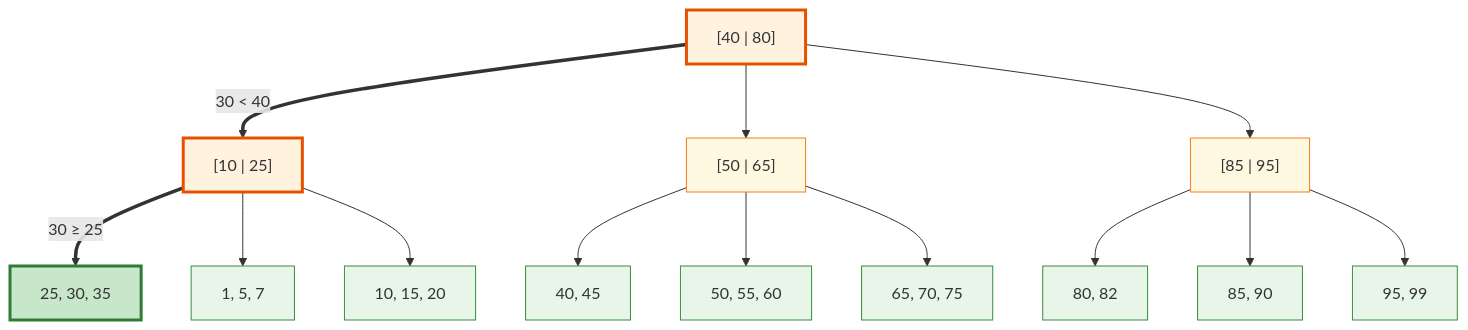
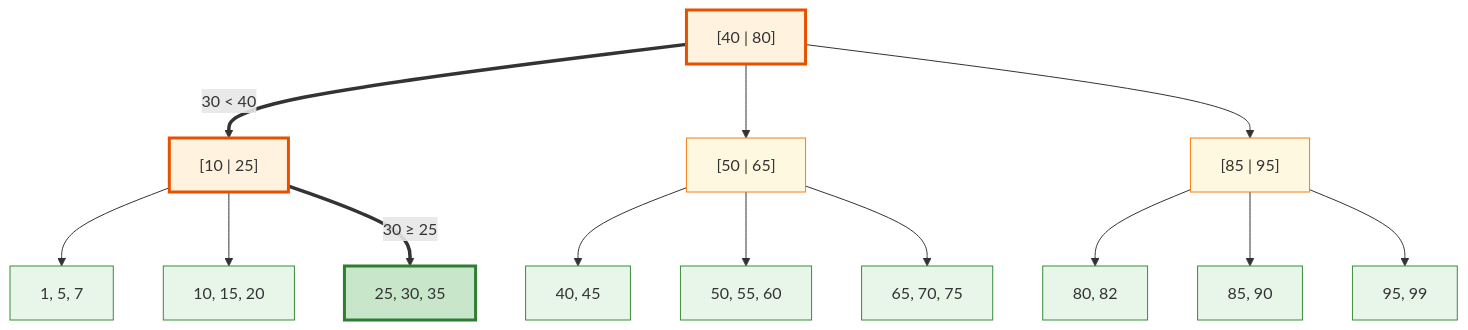
The third of 6 diagrams in lecture-outlines/day25-bplus-trees-i/slides.md (ufdatastudio/cop5725fa26), drawn with Mermaid before and after one commit. The commit also changed other lines of this file and 50 other files, not shown here.

````diff
--- a/lecture-outlines/day25-bplus-trees-i/slides.md
+++ b/lecture-outlines/day25-bplus-trees-i/slides.md
@@ -264,38 +223,38 @@
 ```mermaid
 graph TB
   R["[40 | 80]"]
   I1["[10 | 25]"]
   I2["[50 | 65]"]
   I3["[85 | 95]"]
   L1["1, 5, 7"]
   L2["10, 15, 20"]
   L3["25, 30, 35"]
   L4["40, 45"]
   L5["50, 55, 60"]
   L6["65, 70, 75"]
   L7["80, 82"]
   L8["85, 90"]
   L9["95, 99"]
   R ==>|"30 < 40"| I1
-  I1 ==>|"30 ≥ 25"| L3
   R --> I2
   R --> I3
   I1 --> L1
   I1 --> L2
+  I1 ==>|"30 ≥ 25"| L3
   I2 --> L4
   I2 --> L5
   I2 --> L6
   I3 --> L7
   I3 --> L8
   I3 --> L9
   classDef root fill:#e3f2fd,stroke:#1976d2,stroke-width:3px
   classDef visit fill:#fff3e0,stroke:#e65100,stroke-width:3px
   classDef internal fill:#fff8e1,stroke:#f57f17
   classDef leaf fill:#e8f5e9,stroke:#388e3c
   classDef hit fill:#c8e6c9,stroke:#2e7d32,stroke-width:3px
   class R visit
   class I1 visit
   class L3 hit
   class I2,I3 internal
   class L1,L2,L4,L5,L6,L7,L8,L9 leaf
 ```
````
